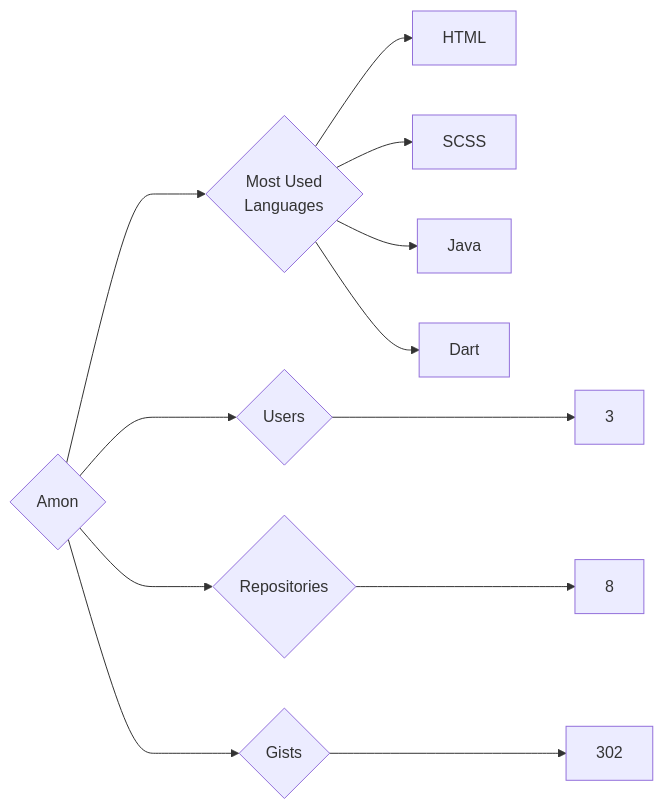
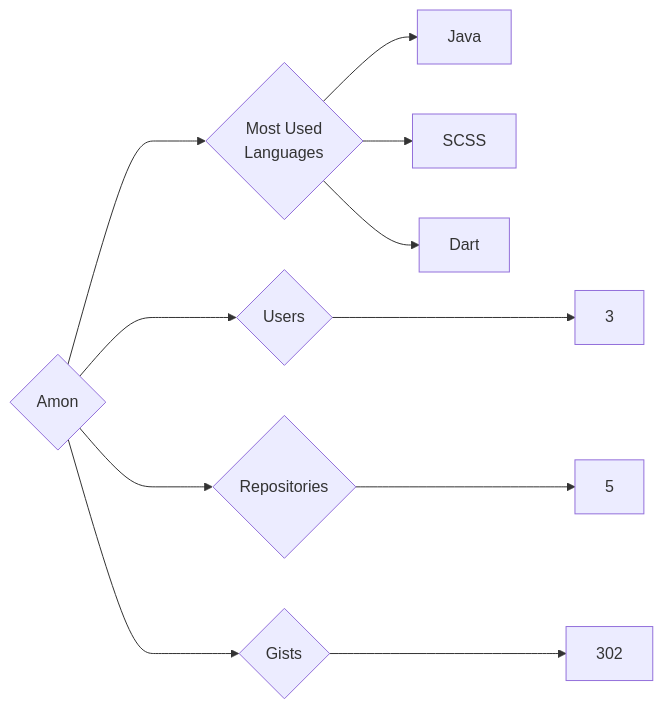
One commit to trickest/insiders changed the diagram in targets/Amon/README.md. Above: the diagram before and after it, drawn with Mermaid. The commit also changed 1238 other files, not shown here.

````diff
--- a/targets/Amon/README.md
+++ b/targets/Amon/README.md
@@ -3,12 +3,11 @@
 ```mermaid
 graph LR
 COMPANY_NAME{Amon}
 COMPANY_NAME ---> U{Users} ---> UN[3]
-COMPANY_NAME ---> R{Repositories} ---> RN[8]
+COMPANY_NAME ---> R{Repositories} ---> RN[5]
 COMPANY_NAME ---> G{Gists} ---> GN[302]
 COMPANY_NAME ---> ML{Most Used<br>Languages}
-ML --> HTML[HTML]
+ML --> Java[Java]
 ML --> SCSS[SCSS]
-ML --> Java[Java]
 ML --> Dart[Dart]
 ```
````
